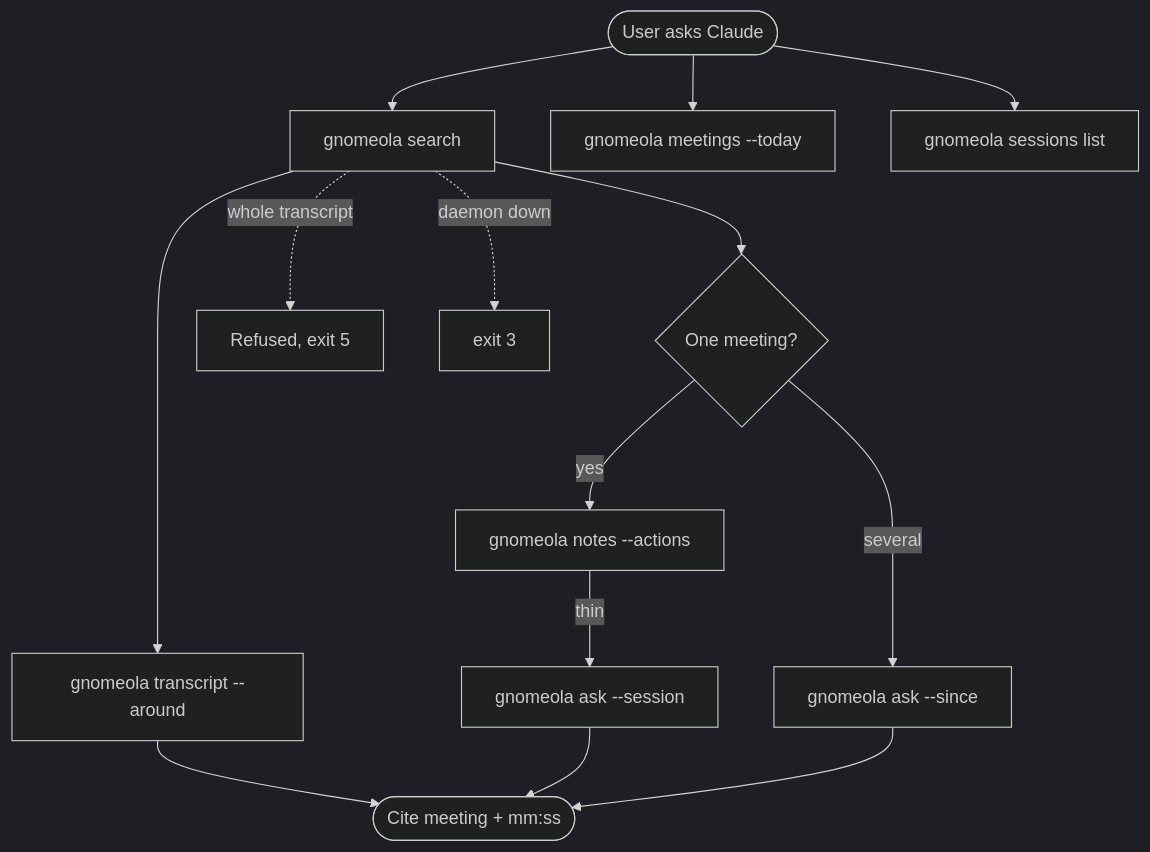
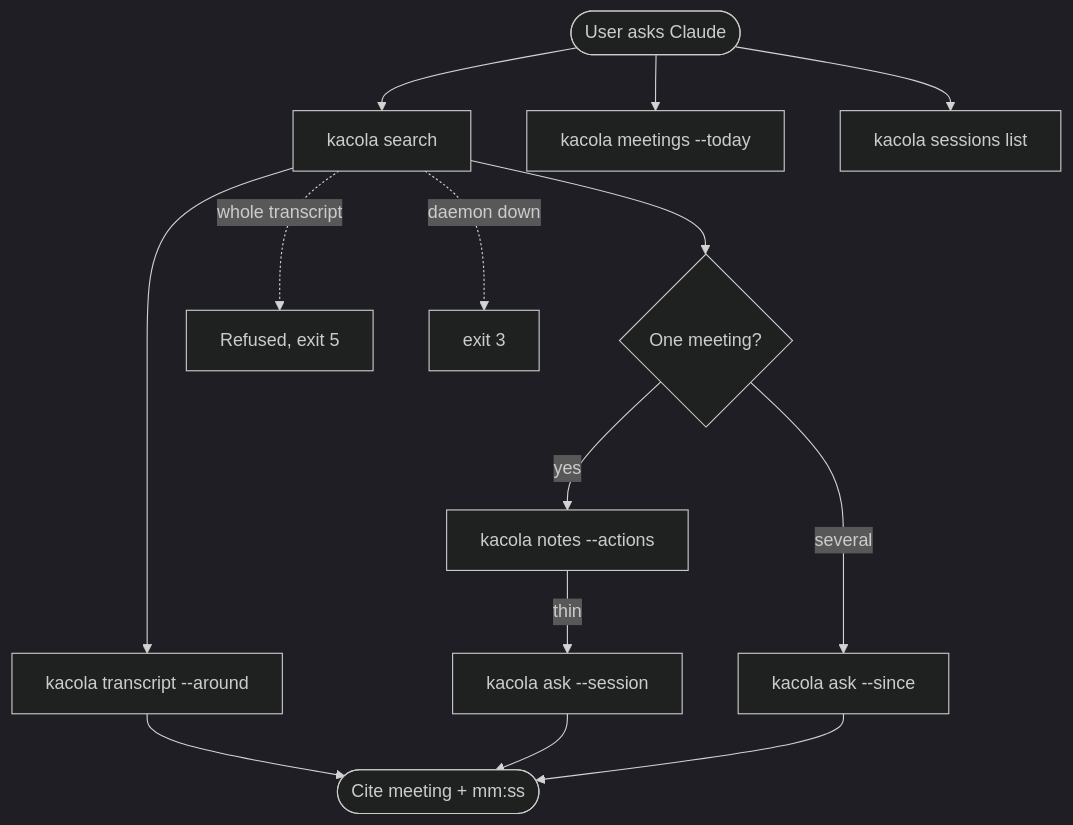
One commit to Kacper-Lubisz/kacola changed diagram 27 of 44 in docs/user-stories.md. Above: the diagram before and after it, drawn with Mermaid (dark theme). The commit also changed other lines of this file and 676 other files, not shown here.

First line of the commit message:
Rename gnomeola to kacola: packages, commands, ids, env vars, paths and text

````diff
--- a/docs/user-stories.md
+++ b/docs/user-stories.md
@@ -710,24 +710,24 @@
 ```mermaid
 flowchart TD
-  A([User asks Claude]) --> B[gnomeola search]
+  A([User asks Claude]) --> B[kacola search]
   B --> C{One meeting?}
-  C -->|yes| D[gnomeola notes --actions]
-  D -->|thin| E[gnomeola ask --session]
-  C -->|several| F[gnomeola ask --since]
-  B --> G[gnomeola transcript --around]
+  C -->|yes| D[kacola notes --actions]
+  D -->|thin| E[kacola ask --session]
+  C -->|several| F[kacola ask --since]
+  B --> G[kacola transcript --around]
   G --> H([Cite meeting + mm:ss])
   E --> H
   F --> H
   B -.whole transcript.-> X[Refused, exit 5]
   B -.daemon down.-> Y[exit 3]
-  A --> M[gnomeola meetings --today]
-  A --> L[gnomeola sessions list]
+  A --> M[kacola meetings --today]
+  A --> L[kacola sessions list]
   %% shot: B = cli-skill__search__hits
   %% shot: D = cli-skill__notes__actions
   %% shot: G = cli-skill__transcript__window
   %% shot: X = cli-skill__refused__whole-transcript
   %% shot: Y = daemon-down__cli__exit-3
   %% shot: M = cli-skill__meetings__today
   %% shot: L = cli-skill__sessions__list
   %% shot: F = ask-across__cli__ask-since
 ```
````
